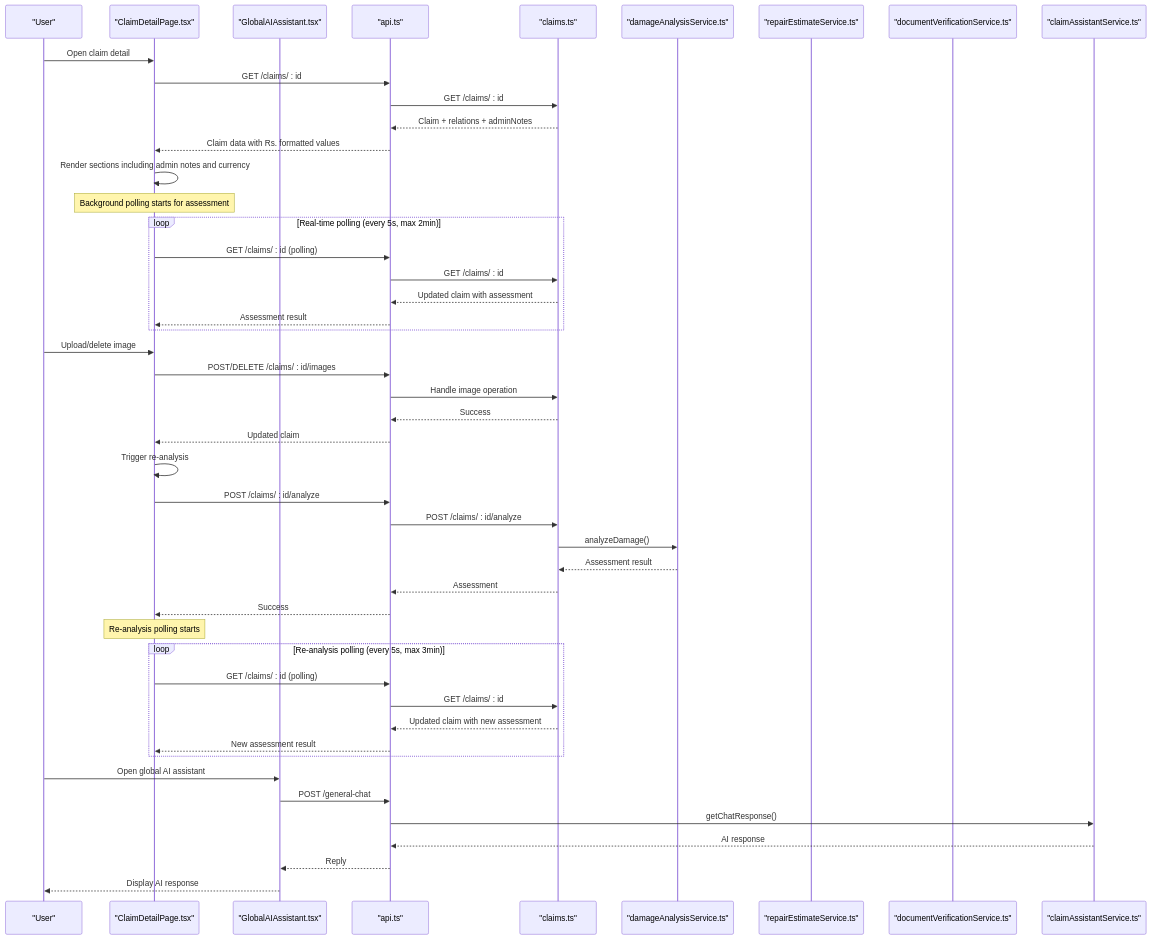
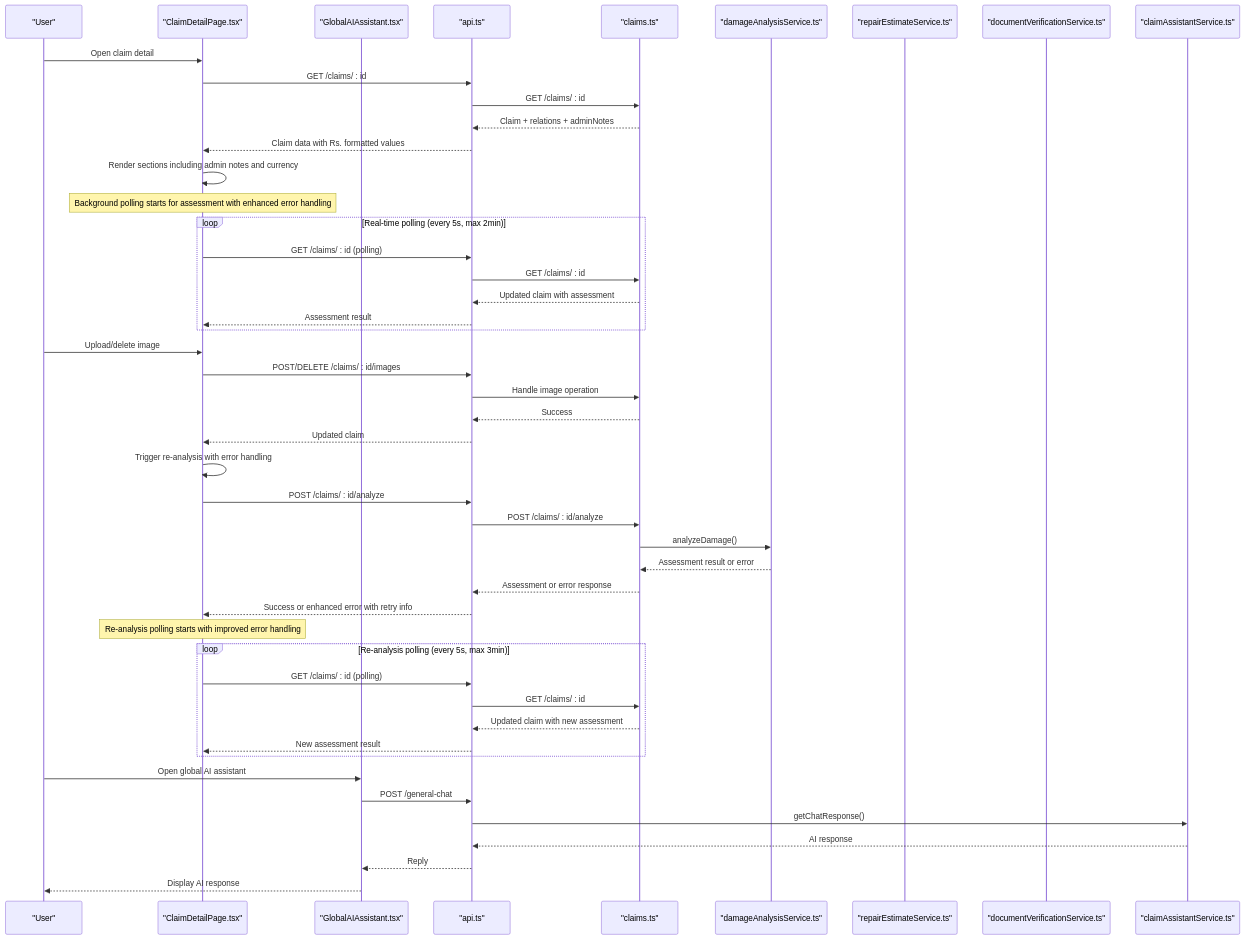
One commit to NaveenHiranya/Smart-Vehicle-Insurance-Claim-System changed the second of 3 diagrams in .qoder/repowiki/en/content/Frontend Documentation/Pages and Views/User Pages/Claim Detail Page.md. Above: the diagram before and after it, drawn with Mermaid. The commit also changed other lines of this file and 33 other files, not shown here.

````diff
--- a/.qoder/repowiki/en/content/Frontend Documentation/Pages and Views/User Pages/Claim Detail Page.md
+++ b/.qoder/repowiki/en/content/Frontend Documentation/Pages and Views/User Pages/Claim Detail Page.md
@@ -148,50 +149,50 @@
 ```mermaid
 sequenceDiagram
 participant U as "User"
 participant F as "ClaimDetailPage.tsx"
 participant GA as "GlobalAIAssistant.tsx"
 participant A as "api.ts"
 participant R as "claims.ts"
 participant S1 as "damageAnalysisService.ts"
 participant S2 as "repairEstimateService.ts"
 participant S3 as "documentVerificationService.ts"
 participant S4 as "claimAssistantService.ts"
 U->>F : Open claim detail
 F->>A : GET /claims/ : id
 A->>R : GET /claims/ : id
 R-->>A : Claim + relations + adminNotes
 A-->>F : Claim data with Rs. formatted values
 F->>F : Render sections including admin notes and currency
-Note over F : Background polling starts for assessment
+Note over F : Background polling starts for assessment with enhanced error handling
 loop Real-time polling (every 5s, max 2min)
 F->>A : GET /claims/ : id (polling)
 A->>R : GET /claims/ : id
 R-->>A : Updated claim with assessment
 A-->>F : Assessment result
 end
 U->>F : Upload/delete image
 F->>A : POST/DELETE /claims/ : id/images
 A->>R : Handle image operation
 R-->>A : Success
 A-->>F : Updated claim
-F->>F : Trigger re-analysis
+F->>F : Trigger re-analysis with error handling
 F->>A : POST /claims/ : id/analyze
 A->>R : POST /claims/ : id/analyze
 R->>S1 : analyzeDamage()
-S1-->>R : Assessment result
-R-->>A : Assessment
-A-->>F : Success
-Note over F : Re-analysis polling starts
+S1-->>R : Assessment result or error
+R-->>A : Assessment or error response
+A-->>F : Success or enhanced error with retry info
+Note over F : Re-analysis polling starts with improved error handling
 loop Re-analysis polling (every 5s, max 3min)
 F->>A : GET /claims/ : id (polling)
 A->>R : GET /claims/ : id
 R-->>A : Updated claim with new assessment
 A-->>F : New assessment result
 end
 U->>GA : Open global AI assistant
 GA->>A : POST /general-chat
 A->>S4 : getChatResponse()
 S4-->>A : AI response
 A-->>GA : Reply
 GA-->>U : Display AI response
 ```
````
